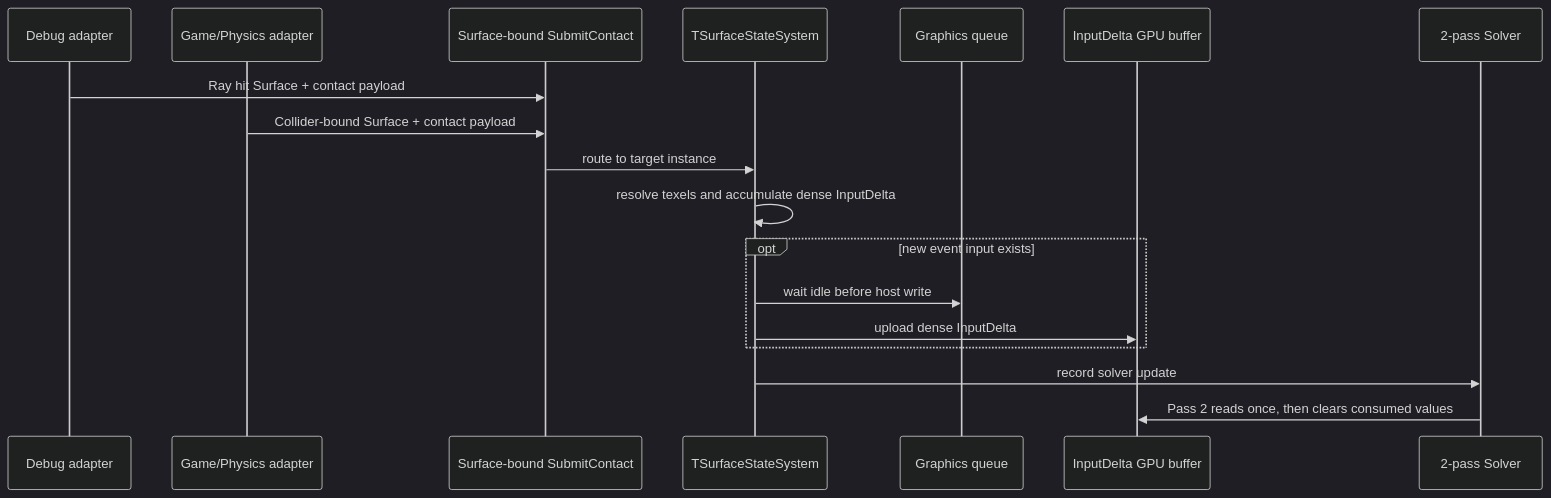
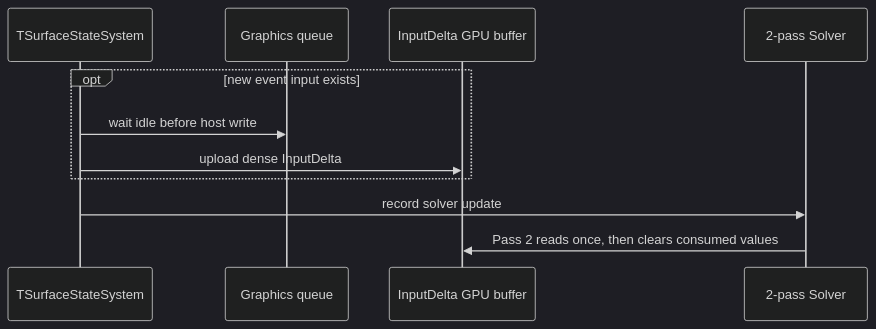
One commit to Yonaim/Material-Dependent-Surface-State-Engine changed the third of 4 diagrams in Docs/MDSSP-Vault/04_Architecture/0005_Surface-Input.md. Above: the diagram before and after it, drawn with Mermaid (dark theme). The commit also changed other lines of this file and 55 other files, not shown here.

Commit message:
Docs: Flow Map과 Architecture 문서 체계 정리

````diff
--- a/Docs/MDSSP-Vault/04_Architecture/0005_Surface-Input.md
+++ b/Docs/MDSSP-Vault/04_Architecture/0005_Surface-Input.md
@@ -51,21 +74,14 @@
 ```mermaid
 sequenceDiagram
-  participant Debug as Debug adapter
-  participant Game as Game/Physics adapter
-  participant API as Surface-bound SubmitContact
   participant SSS as TSurfaceStateSystem
   participant Queue as Graphics queue
   participant Buffer as InputDelta GPU buffer
   participant Solver as 2-pass Solver
 
-  Debug->>API: Ray hit Surface + contact payload
-  Game->>API: Collider-bound Surface + contact payload
-  API->>SSS: route to target instance
-  SSS->>SSS: resolve texels and accumulate dense InputDelta
   opt new event input exists
     SSS->>Queue: wait idle before host write
     SSS->>Buffer: upload dense InputDelta
   end
   SSS->>Solver: record solver update
   Solver->>Buffer: Pass 2 reads once, then clears consumed values
 ```
````
